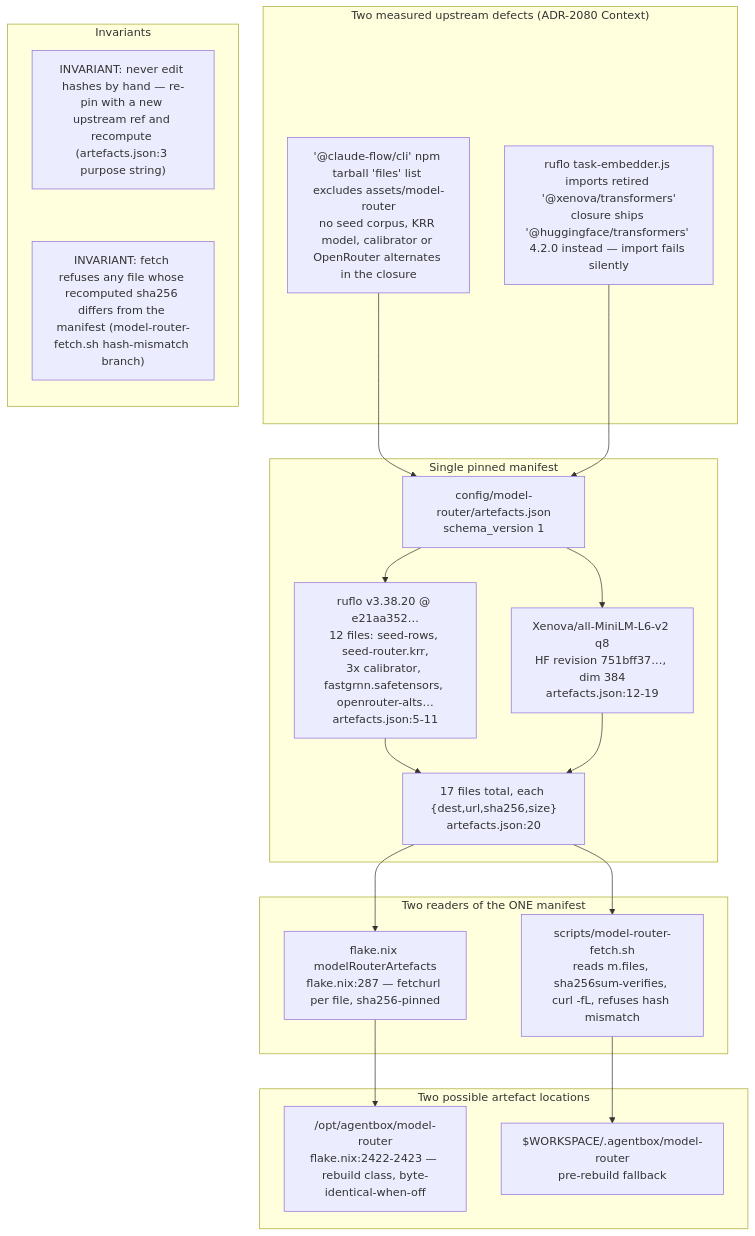
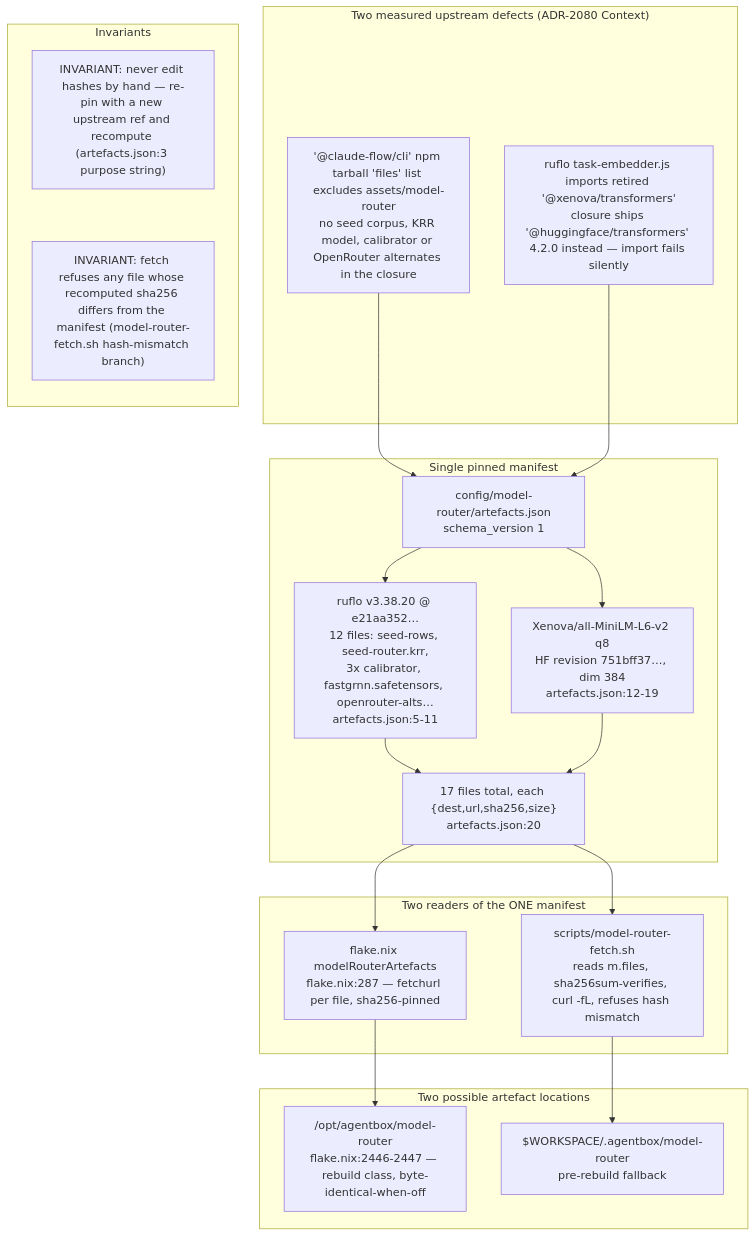
Before and after one commit to DreamLab-AI/VisionFlow: the first of 9 diagrams in docs/diagrams/agentbox/29-metaharness-router-console.md, drawn with Mermaid. The commit also changed other lines of this file and 7 other files, not shown here.

````diff
--- a/docs/diagrams/agentbox/29-metaharness-router-console.md
+++ b/docs/diagrams/agentbox/29-metaharness-router-console.md
@@ -33,33 +33,33 @@
 ```mermaid
 flowchart TB
     subgraph gap["Two measured upstream defects (ADR-2080 Context)"]
         T1["'@claude-flow/cli' npm tarball 'files' list excludes assets/model-router<br/>no seed corpus, KRR model, calibrator or OpenRouter alternates in the closure"]
         T2["ruflo task-embedder.js imports retired '@xenova/transformers'<br/>closure ships '@huggingface/transformers' 4.2.0 instead — import fails silently"]
     end
     subgraph manifest["Single pinned manifest"]
         ART["config/model-router/artefacts.json<br/>schema_version 1"]
         RUFLO["ruflo v3.38.20 @ e21aa352…<br/>12 files: seed-rows, seed-router.krr,<br/>3x calibrator, fastgrnn.safetensors, openrouter-alts…<br/>artefacts.json:5-11"]
         EMB["Xenova/all-MiniLM-L6-v2 q8<br/>HF revision 751bff37…, dim 384<br/>artefacts.json:12-19"]
         FILES["17 files total, each {dest,url,sha256,size}<br/>artefacts.json:20"]
     end
     subgraph readers["Two readers of the ONE manifest"]
         NIX["flake.nix modelRouterArtefacts<br/>flake.nix:287 — fetchurl per file, sha256-pinned"]
         FETCH["scripts/model-router-fetch.sh<br/>reads m.files, sha256sum-verifies, curl -fL, refuses hash mismatch"]
     end
     subgraph outputs["Two possible artefact locations"]
-        BAKED["/opt/agentbox/model-router<br/>flake.nix:2422-2423 — rebuild class, byte-identical-when-off"]
+        BAKED["/opt/agentbox/model-router<br/>flake.nix:2446-2447 — rebuild class, byte-identical-when-off"]
         FALLBACK["$WORKSPACE/.agentbox/model-router<br/>pre-rebuild fallback"]
     end
     T1 --> ART
     T2 --> ART
     ART --> RUFLO --> FILES
     ART --> EMB --> FILES
     FILES --> NIX --> BAKED
     FILES --> FETCH --> FALLBACK
     subgraph notes["Invariants"]
         direction TB
         N1["INVARIANT: never edit hashes by hand — re-pin with a new upstream ref and recompute (artefacts.json:3 purpose string)"]
         N2["INVARIANT: fetch refuses any file whose recomputed sha256 differs from the manifest (model-router-fetch.sh hash-mismatch branch)"]
         N1 ~~~ N2
     end
 ```
````
